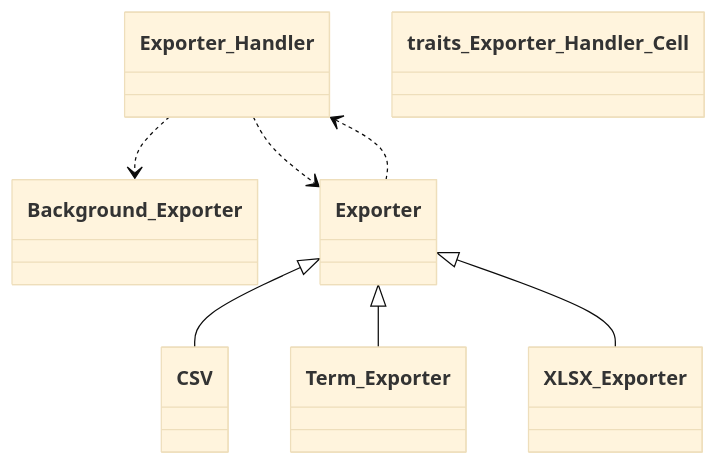
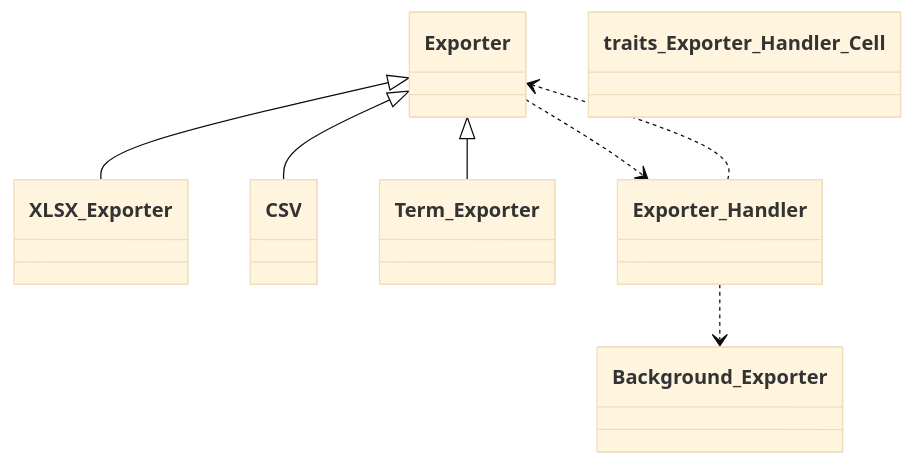
One commit to tainacan/tainacan changed the fifth of 13 diagrams in docs/phpdoc/Home.md. Above: the diagram before and after it, drawn with Mermaid (base theme). The commit also changed other lines of this file and 98 other files, not shown here.

````diff
--- a/docs/phpdoc/Home.md
+++ b/docs/phpdoc/Home.md
@@ -429,17 +423,17 @@
 ```mermaid
 classDiagram
     direction TB
+    class XLSX_Exporter { }
     class CSV { }
+    class Exporter { }
     class Term_Exporter { }
+    class Background_Exporter { }
     class Exporter_Handler { }
-    class Background_Exporter { }
-    class XLSX_Exporter { }
-    class Exporter { }
     class traits_Exporter_Handler_Cell { }
     Exporter ..> Exporter_Handler
     Exporter <|-- CSV
     Exporter <|-- Term_Exporter
     Exporter <|-- XLSX_Exporter
     Exporter_Handler ..> Background_Exporter
     Exporter_Handler ..> Exporter
 ```
````
